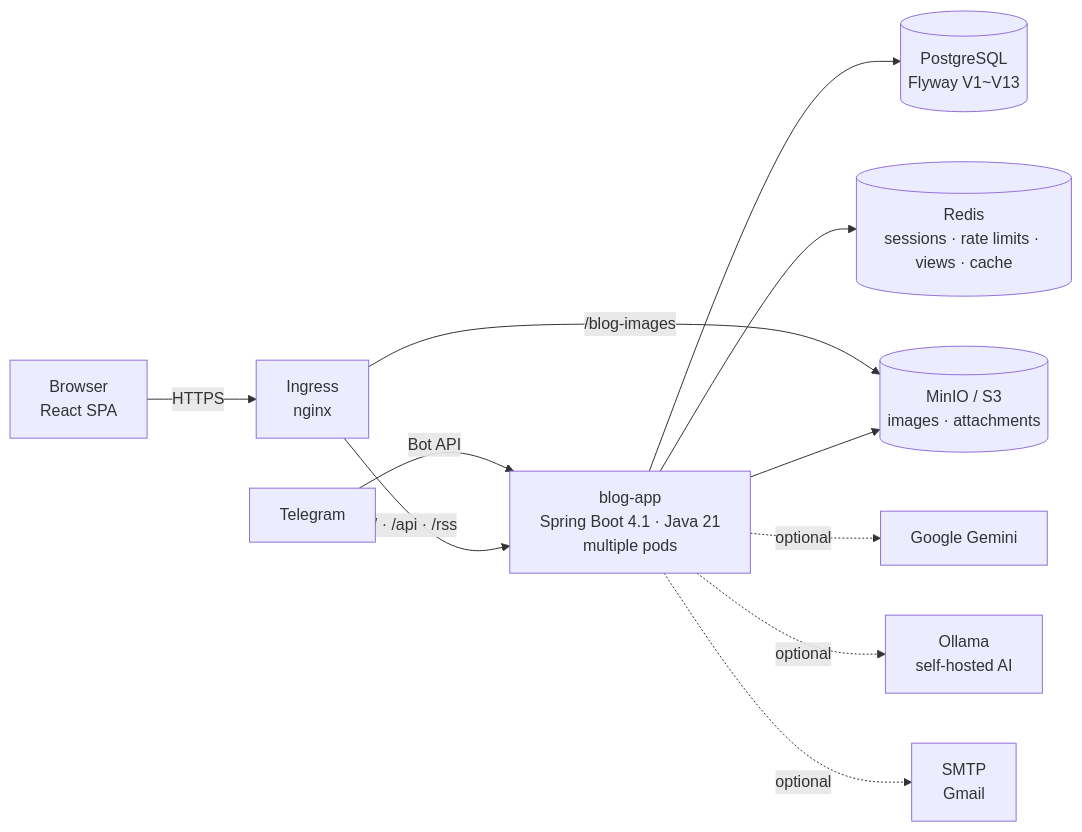
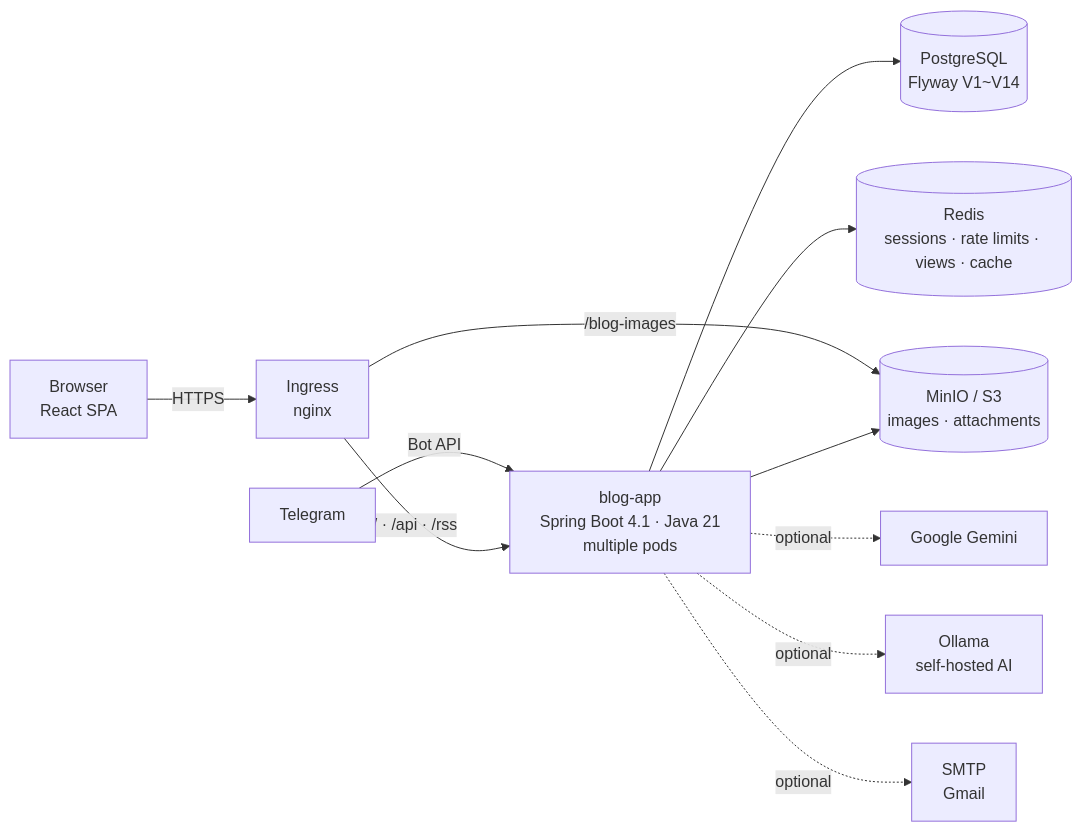
Before and after one commit to AIGJ-01-002-blog/Devlog: the first of 3 diagrams in README.en.md, drawn with Mermaid. The commit also changed other lines of this file and 31 other files, not shown here.

````diff
--- a/README.en.md
+++ b/README.en.md
@@ -147,13 +147,13 @@
 ```mermaid
 flowchart LR
     B[Browser<br/>React SPA] -->|HTTPS| I[Ingress<br/>nginx]
     T[Telegram] -->|Bot API| A
     I -->|/ · /api · /rss| A[blog-app<br/>Spring Boot 4.1 · Java 21<br/>multiple pods]
     I -->|/blog-images| M[(MinIO / S3<br/>images · attachments)]
-    A --> P[(PostgreSQL<br/>Flyway V1~V13)]
+    A --> P[(PostgreSQL<br/>Flyway V1~V14)]
     A --> R[(Redis<br/>sessions · rate limits · views · cache)]
     A --> M
     A -.optional.-> G[Google Gemini]
     A -.optional.-> O[Ollama<br/>self-hosted AI]
     A -.optional.-> S[SMTP<br/>Gmail]
 ```
````
